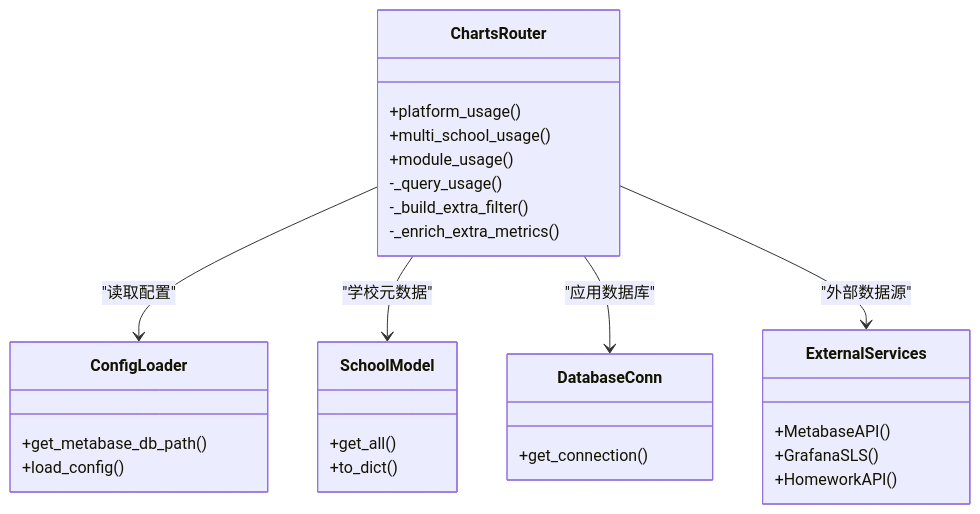
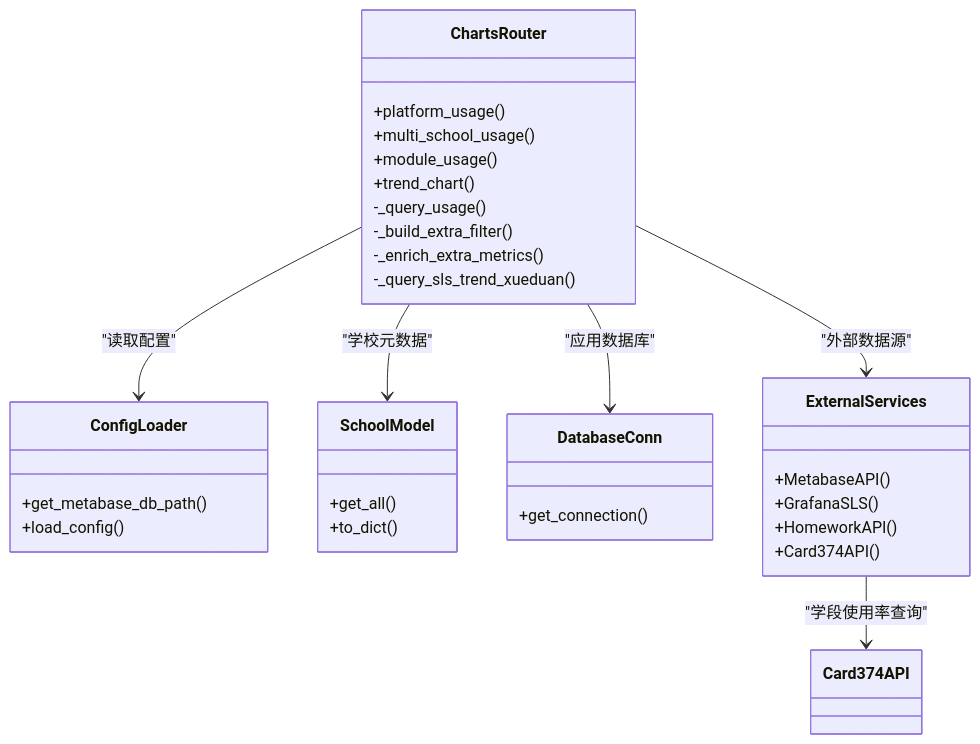
Before and after one commit to oreovan567-pixel/middle-platform-data-collector: the sixth of 6 diagrams in .qoder/repowiki/zh/content/Web应用/路由系统/图表分析路由.md, drawn with Mermaid. The commit also changed other lines of this file and 9 other files, not shown here.

````diff
--- a/.qoder/repowiki/zh/content/Web应用/路由系统/图表分析路由.md
+++ b/.qoder/repowiki/zh/content/Web应用/路由系统/图表分析路由.md
@@ -231,31 +292,35 @@
 ```mermaid
 classDiagram
 class ChartsRouter {
 +platform_usage()
 +multi_school_usage()
 +module_usage()
++trend_chart()
 -_query_usage()
 -_build_extra_filter()
 -_enrich_extra_metrics()
+-_query_sls_trend_xueduan()
 }
 class ConfigLoader {
 +get_metabase_db_path()
 +load_config()
 }
 class SchoolModel {
 +get_all()
 +to_dict()
 }
 class DatabaseConn {
 +get_connection()
 }
 class ExternalServices {
 +MetabaseAPI()
 +GrafanaSLS()
 +HomeworkAPI()
++Card374API()
 }
 ChartsRouter --> ConfigLoader : "读取配置"
 ChartsRouter --> SchoolModel : "学校元数据"
 ChartsRouter --> DatabaseConn : "应用数据库"
 ChartsRouter --> ExternalServices : "外部数据源"
+ExternalServices --> Card374API : "学段使用率查询"
 ```
````
